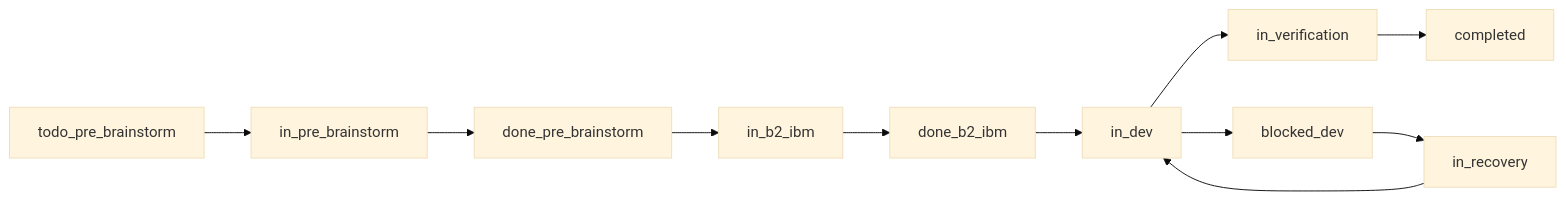
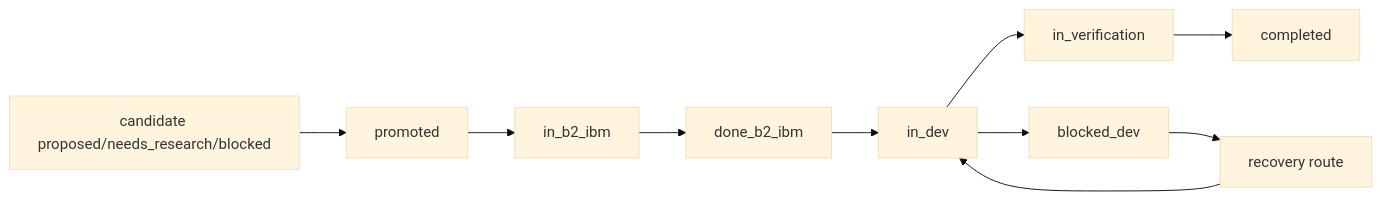
Before and after one commit to chatterzhao/freely: the diagram in docs/LAWS.md, drawn with Mermaid (base theme). The commit also changed other lines of this file and 13 other files, not shown here.

First line of the commit message:
governance+docs: refine five-layer SVG — DB/Skill arrows, ACP/A2A flow paths, phase_state v2

````diff
--- a/docs/LAWS.md
+++ b/docs/LAWS.md
@@ -269,14 +272,13 @@
 ```mermaid
 flowchart LR
-    A[todo_pre_brainstorm] --> B[in_pre_brainstorm]
-    B --> C[done_pre_brainstorm]
+    A[candidate proposed/needs_research/blocked] --> C[promoted]
     C --> E[in_b2_ibm]
     E --> F[done_b2_ibm]
     F --> G[in_dev]
     G --> H[in_verification]
     H --> J[completed]
 
     G --> K[blocked_dev]
-    K --> L[in_recovery]
+    K --> L[recovery route]
     L --> G
 ```
````
